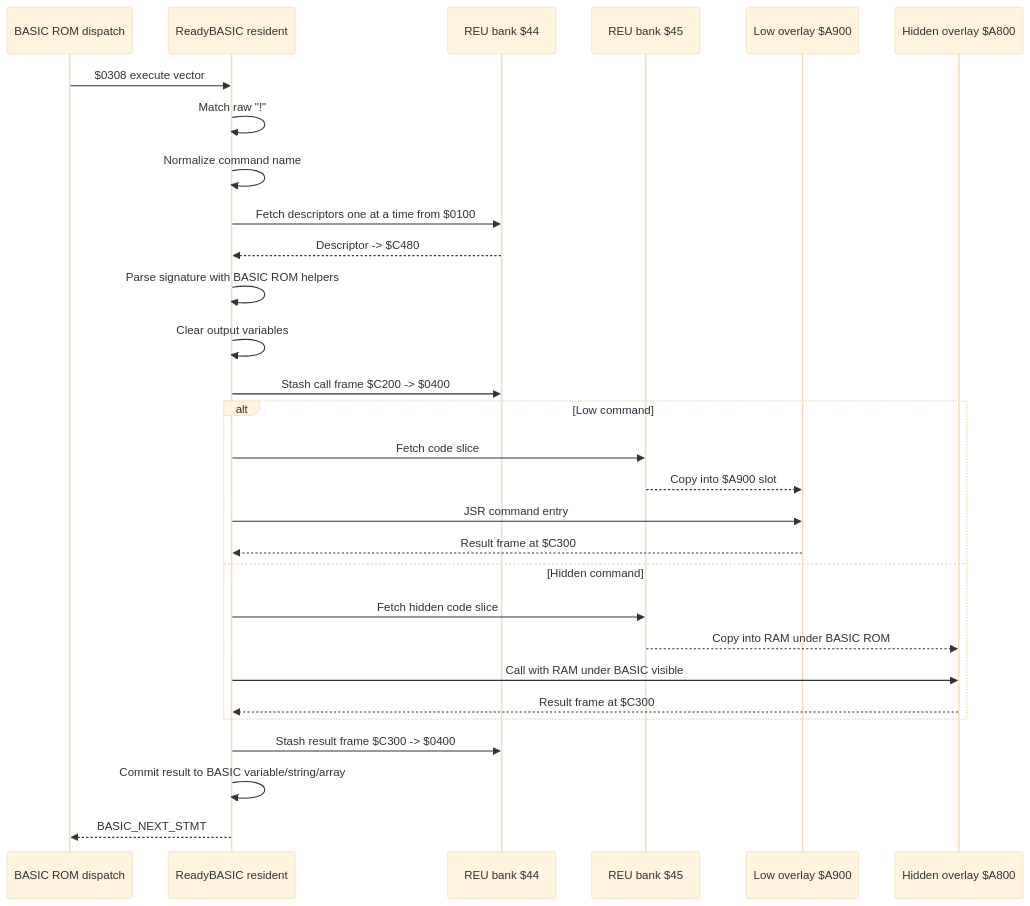
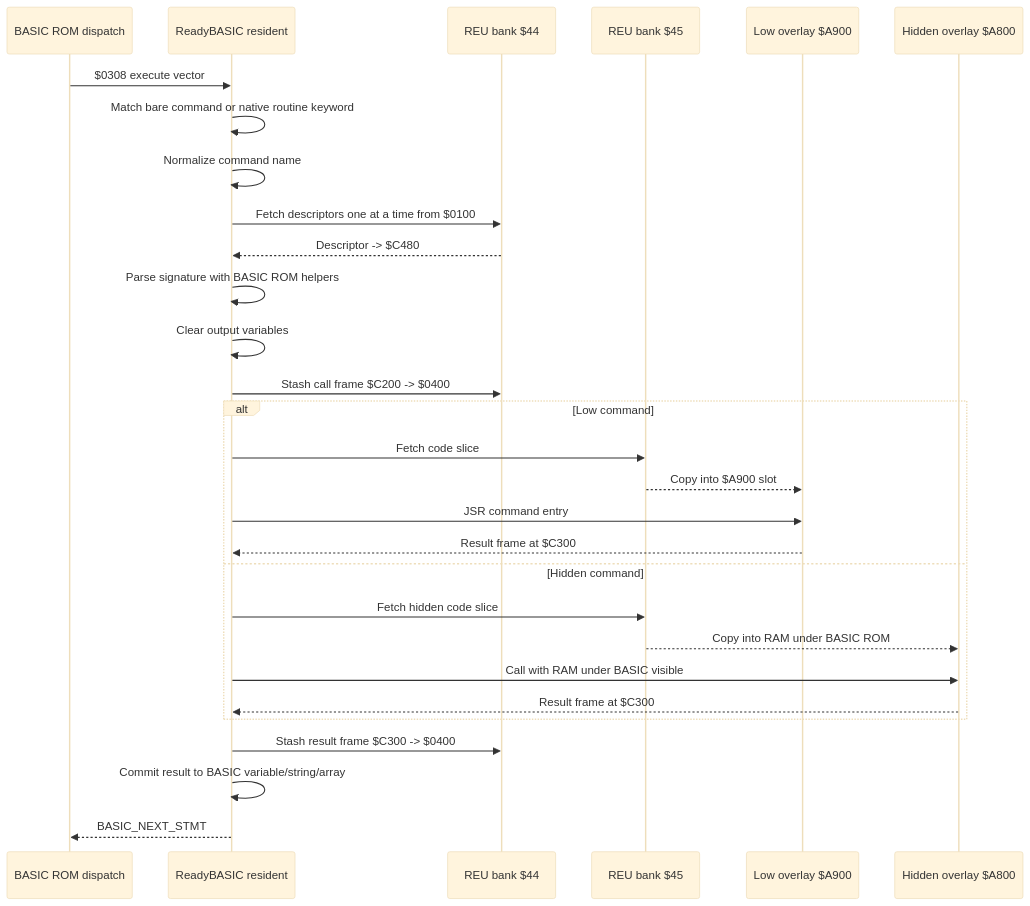
Before and after one commit to 123Onetwothree123/6502: the seventh of 8 diagrams in src/apps/readybasic/READYBASIC_LIFECYCLE_AND_REU_ARCHITECTURE.md, drawn with Mermaid (base theme). The commit also changed other lines of this file and 14 other files, not shown here.

````diff
--- a/src/apps/readybasic/READYBASIC_LIFECYCLE_AND_REU_ARCHITECTURE.md
+++ b/src/apps/readybasic/READYBASIC_LIFECYCLE_AND_REU_ARCHITECTURE.md
@@ -446,32 +451,32 @@
 ```mermaid
 sequenceDiagram
   participant BASIC as BASIC ROM dispatch
   participant RES as ReadyBASIC resident
   participant R44 as REU bank $44
   participant R45 as REU bank $45
   participant LOW as Low overlay $A900
   participant HID as Hidden overlay $A800
 
   BASIC->>RES: $0308 execute vector
-  RES->>RES: Match raw "!"
+  RES->>RES: Match bare command or native routine keyword
   RES->>RES: Normalize command name
   RES->>R44: Fetch descriptors one at a time from $0100
   R44-->>RES: Descriptor -> $C480
   RES->>RES: Parse signature with BASIC ROM helpers
   RES->>RES: Clear output variables
   RES->>R44: Stash call frame $C200 -> $0400
   alt Low command
     RES->>R45: Fetch code slice
     R45-->>LOW: Copy into $A900 slot
     RES->>LOW: JSR command entry
     LOW-->>RES: Result frame at $C300
   else Hidden command
     RES->>R45: Fetch hidden code slice
     R45-->>HID: Copy into RAM under BASIC ROM
     RES->>HID: Call with RAM under BASIC visible
     HID-->>RES: Result frame at $C300
   end
   RES->>R44: Stash result frame $C300 -> $0400
   RES->>RES: Commit result to BASIC variable/string/array
   RES-->>BASIC: BASIC_NEXT_STMT
 ```
````
